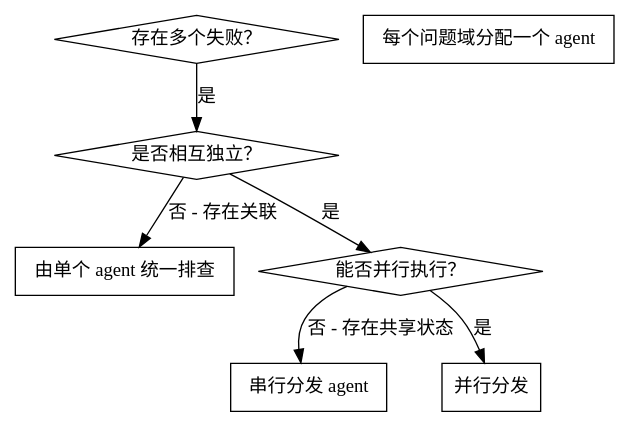
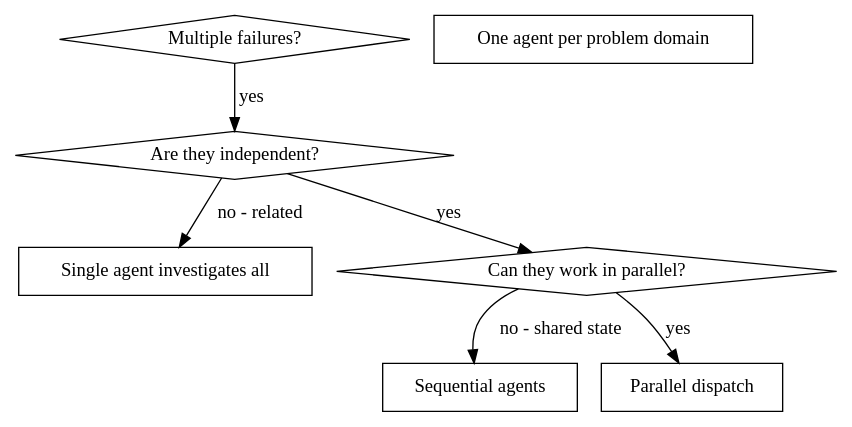
One commit to Wenaixi/dsh-superpower changed the diagram in skills/dispatching-parallel-agents/SKILL.md. Above: the diagram before and after it, drawn with Graphviz. The commit also changed other lines of this file and 103 other files, not shown here.

````diff
--- a/skills/dispatching-parallel-agents/SKILL.md
+++ b/skills/dispatching-parallel-agents/SKILL.md
@@ -18,17 +20,17 @@
 ```dot
 digraph when_to_use {
-    "存在多个失败？" [shape=diamond];
-    "是否相互独立？" [shape=diamond];
-    "由单个 agent 统一排查" [shape=box];
-    "每个问题域分配一个 agent" [shape=box];
-    "能否并行执行？" [shape=diamond];
-    "串行分发 agent" [shape=box];
-    "并行分发" [shape=box];
+    "Multiple failures?" [shape=diamond];
+    "Are they independent?" [shape=diamond];
+    "Single agent investigates all" [shape=box];
+    "One agent per problem domain" [shape=box];
+    "Can they work in parallel?" [shape=diamond];
+    "Sequential agents" [shape=box];
+    "Parallel dispatch" [shape=box];
 
-    "存在多个失败？" -> "是否相互独立？" [label="是"];
-    "是否相互独立？" -> "由单个 agent 统一排查" [label="否 - 存在关联"];
-    "是否相互独立？" -> "能否并行执行？" [label="是"];
-    "能否并行执行？" -> "并行分发" [label="是"];
-    "能否并行执行？" -> "串行分发 agent" [label="否 - 存在共享状态"];
+    "Multiple failures?" -> "Are they independent?" [label="yes"];
+    "Are they independent?" -> "Single agent investigates all" [label="no - related"];
+    "Are they independent?" -> "Can they work in parallel?" [label="yes"];
+    "Can they work in parallel?" -> "Parallel dispatch" [label="yes"];
+    "Can they work in parallel?" -> "Sequential agents" [label="no - shared state"];
 }
 ```
````
